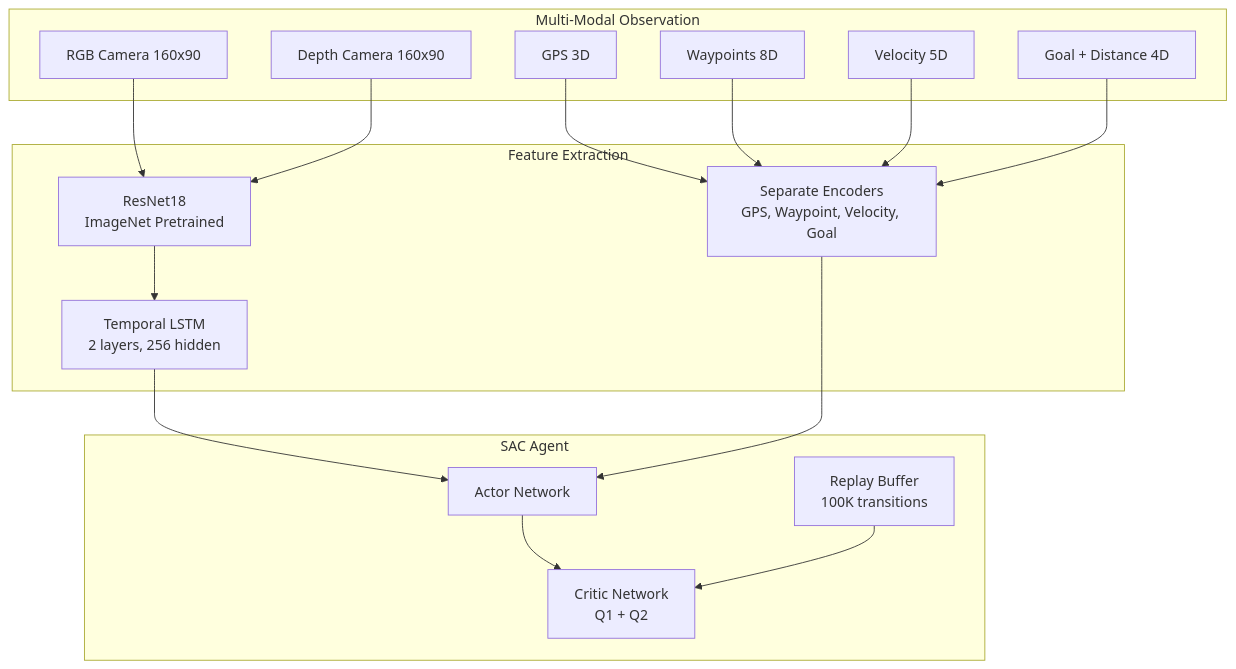
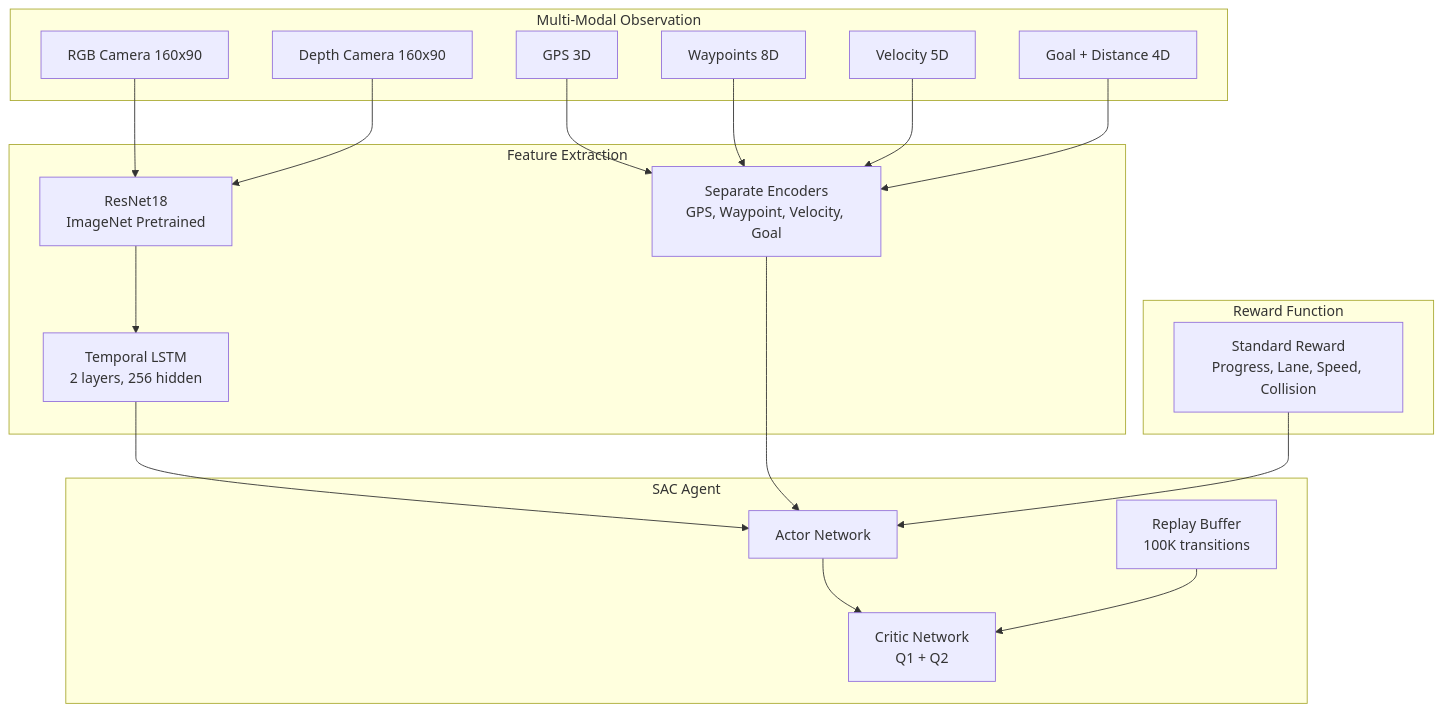
One commit to Telotubbies/Carla-fullself-driving changed the diagram in COMPARISON.md. Above: the diagram before and after it, drawn with Mermaid. The commit also changed other lines of this file, not shown here.

````diff
--- a/COMPARISON.md
+++ b/COMPARISON.md
@@ -31,35 +30,40 @@
 ```mermaid
 graph TB
     subgraph "Multi-Modal Observation"
         RGB[RGB Camera 160x90]
         DEPTH[Depth Camera 160x90]
         GPS[GPS 3D]
         WP[Waypoints 8D]
         VEL[Velocity 5D]
         GOAL[Goal + Distance 4D]
     end
     
     subgraph "Feature Extraction"
         RESNET[ResNet18<br/>ImageNet Pretrained]
         LSTM[Temporal LSTM<br/>2 layers, 256 hidden]
         ENCODERS[Separate Encoders<br/>GPS, Waypoint, Velocity, Goal]
     end
     
     subgraph "SAC Agent"
         ACTOR[Actor Network]
         CRITIC[Critic Network<br/>Q1 + Q2]
         REPLAY[Replay Buffer<br/>100K transitions]
     end
     
+    subgraph "Reward Function"
+        REWARD[Standard Reward<br/>Progress, Lane, Speed, Collision]
+    end
+    
     RGB --> RESNET
     DEPTH --> RESNET
     RESNET --> LSTM
     GPS --> ENCODERS
     WP --> ENCODERS
     VEL --> ENCODERS
     GOAL --> ENCODERS
     LSTM --> ACTOR
     ENCODERS --> ACTOR
     ACTOR --> CRITIC
     REPLAY --> CRITIC
+    REWARD --> ACTOR
 ```
````
